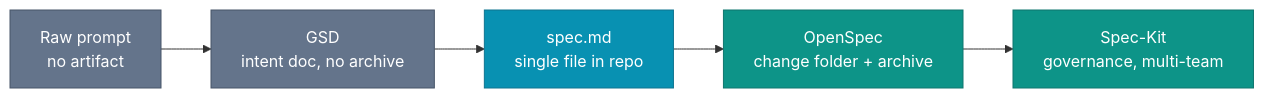
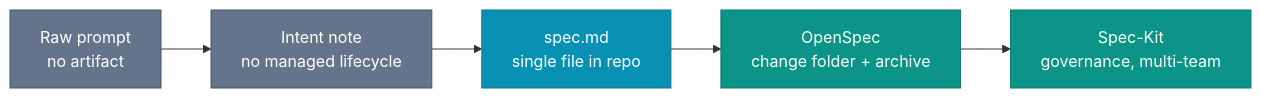
Before and after one commit to intent-engineering-for-coding-agents/book: the diagram in content/spec-driven/the-spectrum.md, drawn with Mermaid. The commit also changed other lines of this file and 4 other files, not shown here.

````diff
--- a/content/spec-driven/the-spectrum.md
+++ b/content/spec-driven/the-spectrum.md
@@ -16,11 +16,11 @@
 ```mermaid
 graph LR
     classDef light fill:#64748b,stroke:#475569,color:#fff
     classDef mid fill:#0891b2,stroke:#0e7490,color:#fff
     classDef heavy fill:#0d9488,stroke:#0f766e,color:#fff
 
-    P[Raw prompt<br/>no artifact]:::light --> G[GSD<br/>intent doc, no archive]:::light
+    P[Raw prompt<br/>no artifact]:::light --> G[Intent note<br/>no managed lifecycle]:::light
     G --> M[spec.md<br/>single file in repo]:::mid
     M --> O[OpenSpec<br/>change folder + archive]:::heavy
     O --> K[Spec-Kit<br/>governance, multi-team]:::heavy
 ```
````
